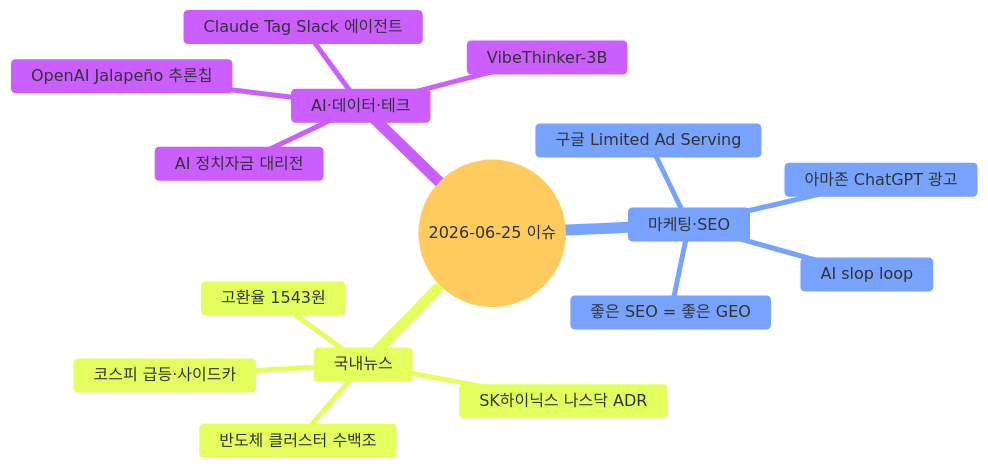
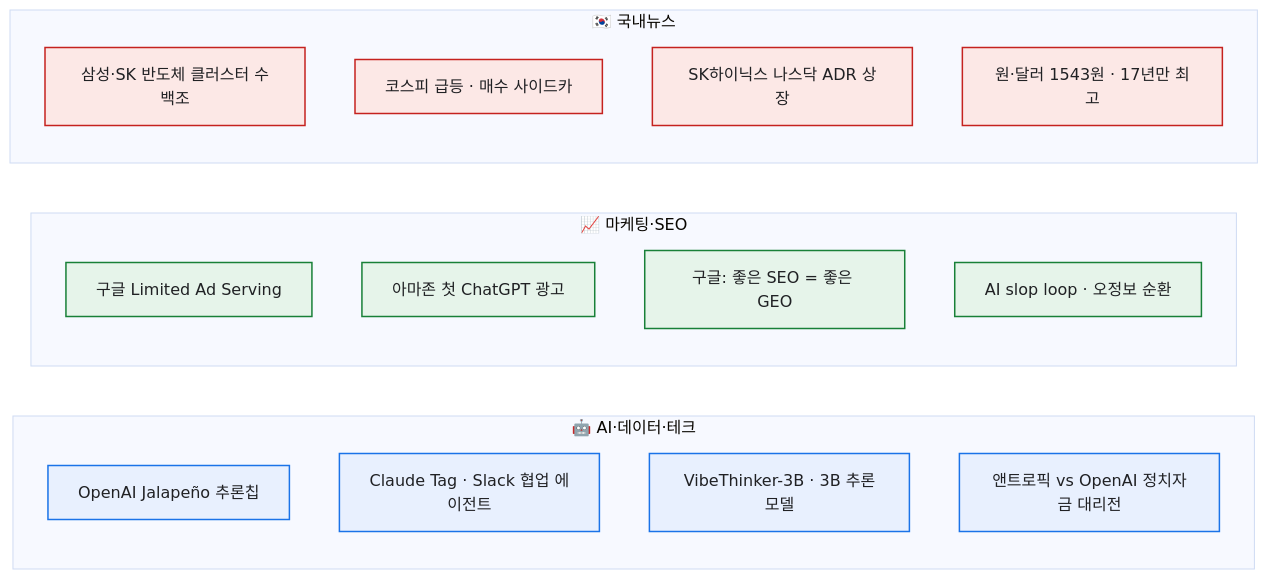
The diagram in content/reading/daily-issues-digest-2026-06-25.md (DBhyeong/DBhyeong.github.io), drawn with Mermaid (base theme) before and after one commit.

Commit message:
reading(digest): mindmap → 고대비 flowchart로 교체 (가독성 개선)
mermaid mindmap이 사이트 테마에서 섹션 색 washout으로 글씨가 안 보이는 문제.
분야별 3열 subgraph + classDef 고대비 색으로 교체.

````diff
--- a/content/reading/daily-issues-digest-2026-06-25.md
+++ b/content/reading/daily-issues-digest-2026-06-25.md
@@ -19,19 +19,31 @@
 ```mermaid
-mindmap
-  root((2026-06-25 이슈))
-    AI·데이터·테크
-      OpenAI Jalapeño 추론칩
-      Claude Tag Slack 에이전트
-      VibeThinker-3B
-      AI 정치자금 대리전
-    마케팅·SEO
-      구글 Limited Ad Serving
-      아마존 ChatGPT 광고
-      좋은 SEO = 좋은 GEO
-      AI slop loop
-    국내뉴스
-      반도체 클러스터 수백조
-      코스피 급등·사이드카
-      SK하이닉스 나스닥 ADR
-      고환율 1543원
+flowchart LR
+  classDef ai fill:#e8f0fe,stroke:#1a73e8,stroke-width:1.5px,color:#202124
+  classDef mk fill:#e6f4ea,stroke:#188038,stroke-width:1.5px,color:#202124
+  classDef kr fill:#fce8e6,stroke:#c5221f,stroke-width:1.5px,color:#202124
+
+  subgraph AI ["🤖 AI·데이터·테크"]
+    direction TB
+    a1["OpenAI Jalapeño 추론칩"]
+    a2["Claude Tag · Slack 협업 에이전트"]
+    a3["VibeThinker-3B · 3B 추론모델"]
+    a4["앤트로픽 vs OpenAI 정치자금 대리전"]
+  end
+  subgraph MK ["📈 마케팅·SEO"]
+    direction TB
+    m1["구글 Limited Ad Serving"]
+    m2["아마존 첫 ChatGPT 광고"]
+    m3["구글: 좋은 SEO = 좋은 GEO"]
+    m4["AI slop loop · 오정보 순환"]
+  end
+  subgraph KR ["🇰🇷 국내뉴스"]
+    direction TB
+    k1["삼성·SK 반도체 클러스터 수백조"]
+    k2["코스피 급등 · 매수 사이드카"]
+    k3["SK하이닉스 나스닥 ADR 상장"]
+    k4["원·달러 1543원 · 17년만 최고"]
+  end
+  class a1,a2,a3,a4 ai
+  class m1,m2,m3,m4 mk
+  class k1,k2,k3,k4 kr
 ```
````
